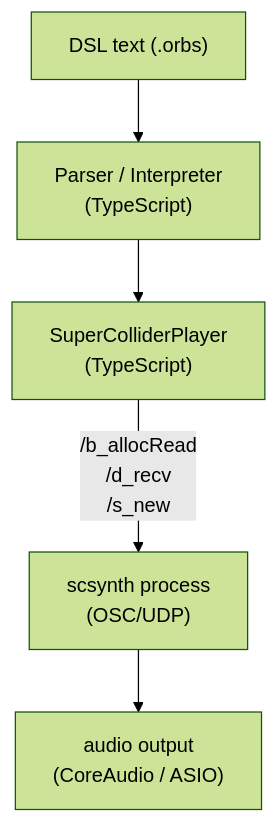
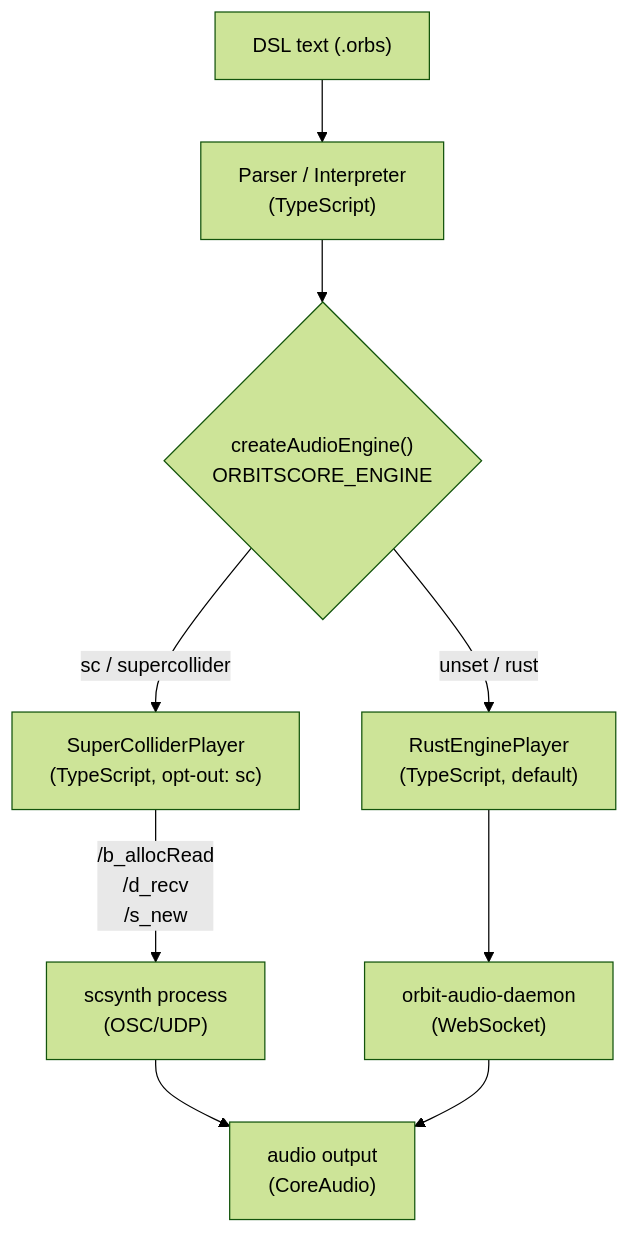
Before and after one commit to signalcompose/orbitscore: the diagram in sites/dev/en/decisions/adr-001-supercollider.md, drawn with Mermaid (forest theme). The commit also changed other lines of this file and 6 other files, not shown here.

````diff
--- a/sites/dev/en/decisions/adr-001-supercollider.md
+++ b/sites/dev/en/decisions/adr-001-supercollider.md
@@ -193,13 +211,20 @@
 ```mermaid
 flowchart TD
     A["DSL text (.orbs)"]
     B["Parser / Interpreter\n(TypeScript)"]
-    C["SuperColliderPlayer\n(TypeScript)"]
+    F{"createAudioEngine()\nORBITSCORE_ENGINE"}
+    C["SuperColliderPlayer\n(TypeScript, opt-out: sc)"]
     D["scsynth process\n(OSC/UDP)"]
-    E["audio output\n(CoreAudio / ASIO)"]
+    R["RustEnginePlayer\n(TypeScript, default)"]
+    RD["orbit-audio-daemon\n(WebSocket)"]
+    E["audio output\n(CoreAudio)"]
 
     A --> B
-    B --> C
+    B --> F
+    F -->|"sc / supercollider"| C
+    F -->|"unset / rust"| R
     C -->|"/b_allocRead\n/d_recv\n/s_new"| D
+    R --> RD
     D --> E
+    RD --> E
 ```
````
